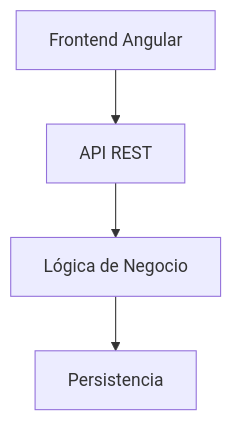
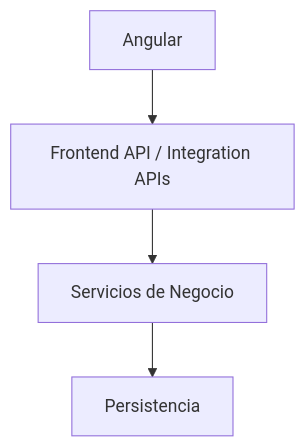
The second of 5 diagrams in template-docs/01-introduction/architecture.md (ijgomez/template), drawn with Mermaid before and after one commit. The commit also changed other lines of this file and 4 other files, not shown here.

````diff
--- a/template-docs/01-introduction/architecture.md
+++ b/template-docs/01-introduction/architecture.md
@@ -80,15 +173,15 @@
 ```mermaid
 flowchart TB
 
-    UI["Frontend Angular"]
+UI["Angular"]
 
-    API["API REST"]
+API["Frontend API / Integration APIs"]
 
-    BL["Lógica de Negocio"]
+Business["Servicios de Negocio"]
 
-    DB["Persistencia"]
+Persistence["Persistencia"]
 
-    UI --> API
-    API --> BL
-    BL --> DB
+UI --> API
+API --> Business
+Business --> Persistence
 ```
````
